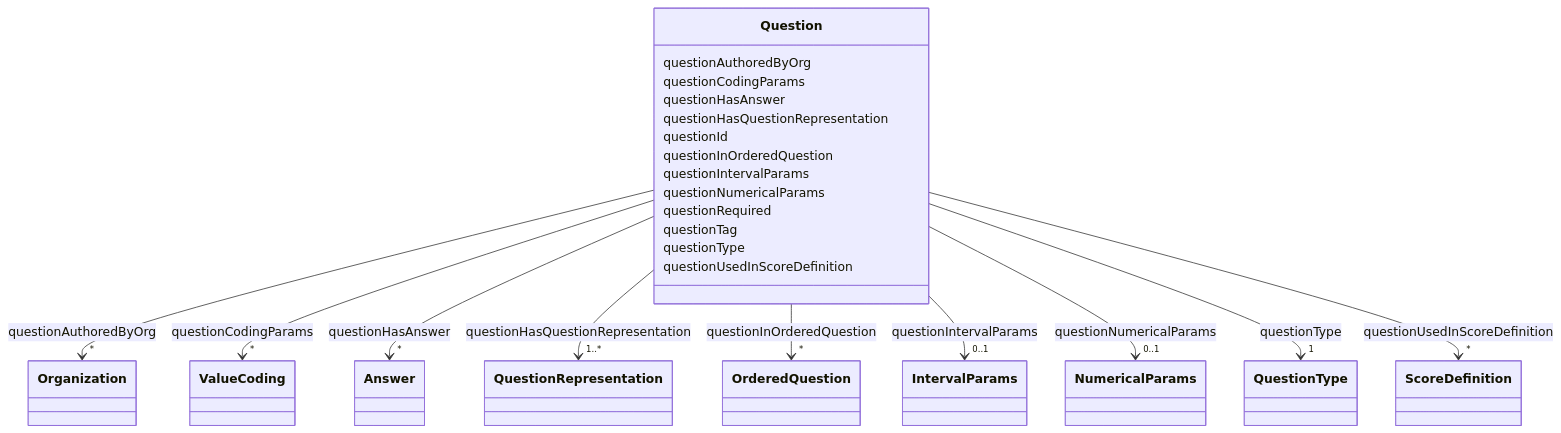
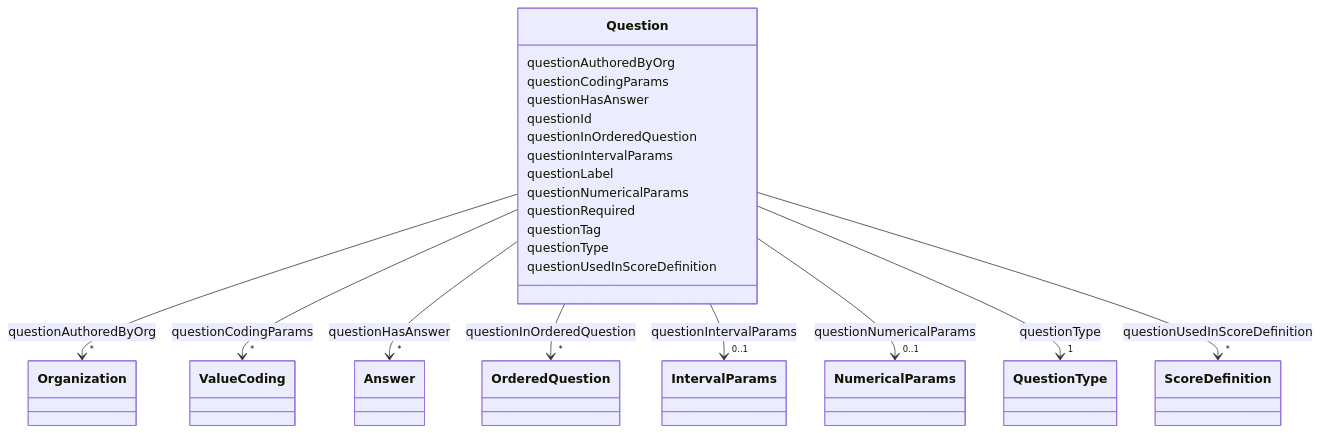
Before and after one commit to faqirfoundation/questionnaire-ontology: the diagram in docs/Question.md, drawn with Mermaid. The commit also changed other lines of this file and 89 other files, not shown here.

```diff
--- a/docs/Question.md
+++ b/docs/Question.md
@@ -53,17 +53,6 @@
     
 
         
-      Question : questionHasQuestionRepresentation
-        
-          
-    
-        
-        
-        Question --> "1..*" QuestionRepresentation : questionHasQuestionRepresentation
-        click QuestionRepresentation href "../QuestionRepresentation"
-    
-
-        
       Question : questionId
         
       Question : questionInOrderedQuestion
@@ -87,6 +76,8 @@
         click IntervalParams href "../IntervalParams"
     
 
+        
+      Question : questionLabel
         
       Question : questionNumericalParams
         
```
